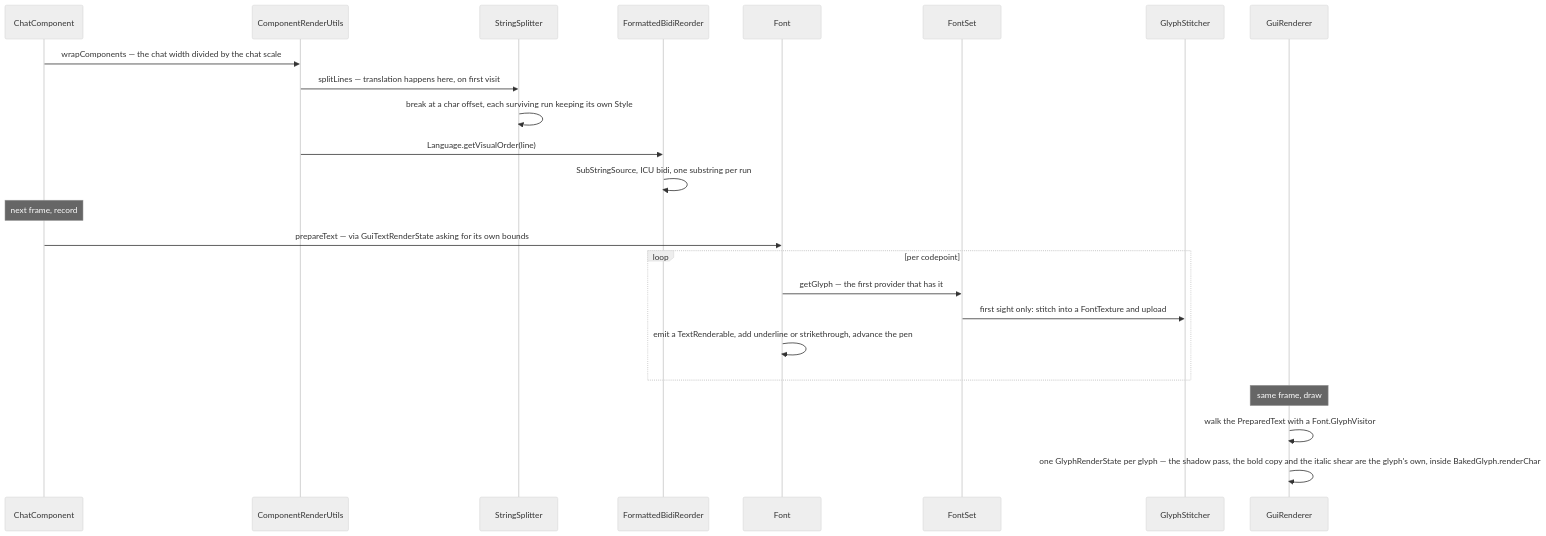
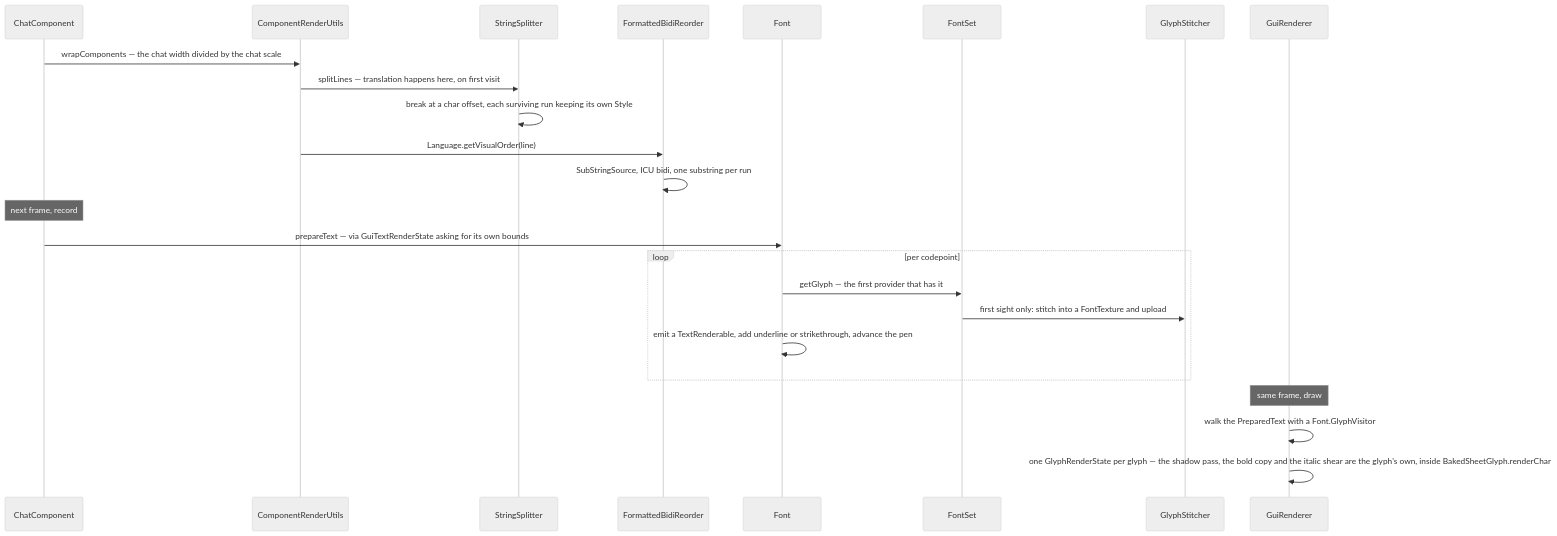
One commit to AlexanderjFraser/MinecraftDocs changed the second of 2 diagrams in src/systems/client/text-and-fonts.md. Above: the diagram before and after it, drawn with Mermaid (neutral theme). The commit also changed 20 other files, not shown here.

````diff
--- a/src/systems/client/text-and-fonts.md
+++ b/src/systems/client/text-and-fonts.md
@@ -156,27 +156,27 @@
 ```mermaid
 sequenceDiagram
     participant ChatC as ChatComponent
     participant CRU as ComponentRenderUtils
     participant SSpl as StringSplitter
     participant FBR as FormattedBidiReorder
     participant Font as Font
     participant FSet as FontSet
     participant GStit as GlyphStitcher
     participant GuiR as GuiRenderer
 
     ChatC->>CRU: wrapComponents — the chat width divided by the chat scale
     CRU->>SSpl: splitLines — translation happens here, on first visit
     SSpl->>SSpl: break at a char offset, each surviving run keeping its own Style
     CRU->>FBR: Language.getVisualOrder(line)
     FBR->>FBR: SubStringSource, ICU bidi, one substring per run
     Note over ChatC: next frame, record
     ChatC->>Font: prepareText — via GuiTextRenderState asking for its own bounds
     loop per codepoint
         Font->>FSet: getGlyph — the first provider that has it
         FSet->>GStit: first sight only: stitch into a FontTexture and upload
         Font->>Font: emit a TextRenderable, add underline or strikethrough, advance the pen
     end
     Note over GuiR: same frame, draw
     GuiR->>GuiR: walk the PreparedText with a Font.GlyphVisitor
-    GuiR->>GuiR: one GlyphRenderState per glyph — the shadow pass, the bold copy and the italic shear are the glyph's own, inside BakedGlyph.renderChar
+    GuiR->>GuiR: one GlyphRenderState per glyph — the shadow pass, the bold copy and the italic shear are the glyph's own, inside BakedSheetGlyph.renderChar
 ```
````
